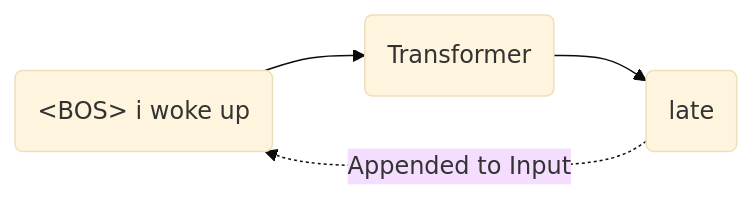
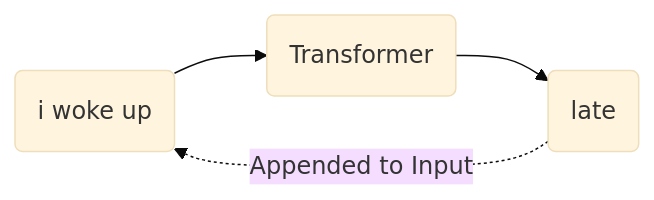
The first of 2 diagrams in blog/content/series/transformers/preface.md (Lyd1aCla1r3/lyd1acla1r3.github.io), drawn with Mermaid (base theme) before and after one commit. The commit also changed other lines of this file and 114 other files, not shown here.

````diff
--- a/blog/content/series/transformers/preface.md
+++ b/blog/content/series/transformers/preface.md
@@ -45,6 +45,6 @@
 ```mermaid
 graph LR
-    A("&lt;BOS&gt; i woke up") --> B("Transformer")
+    A("<BOS> i woke up") --> B("Transformer")
     B --> C("late")
     C -. Appended to Input .-> A
 ```
````
